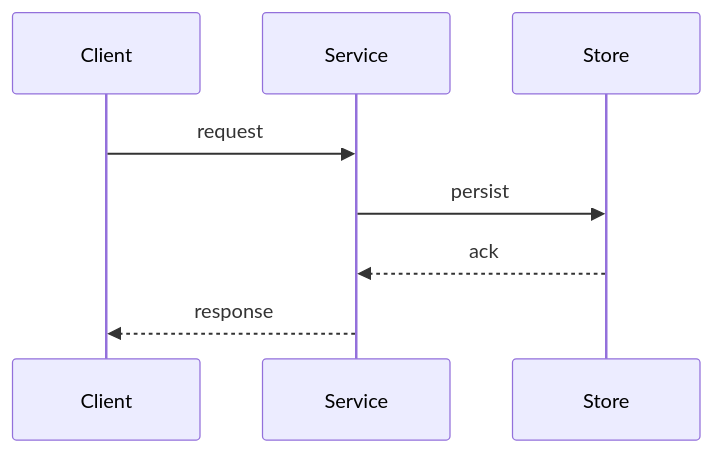
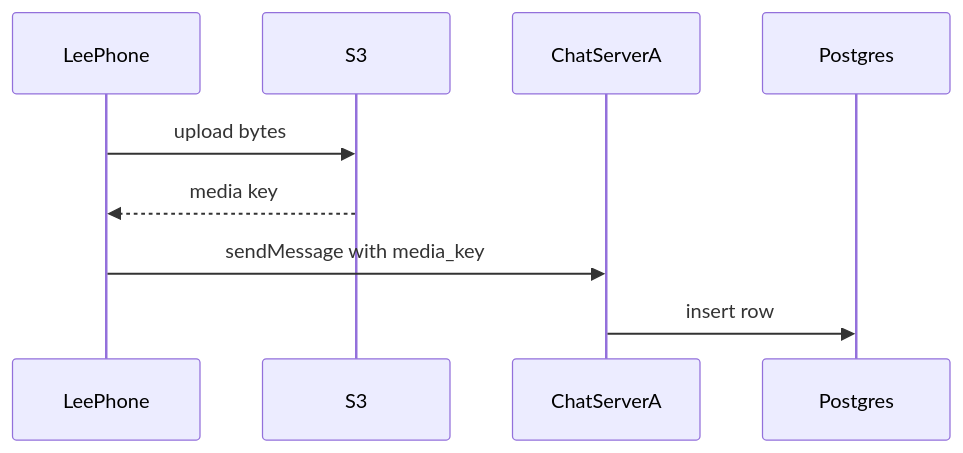
One commit to CharlotteYW/system-design-interview changed the seventh of 7 diagrams in questions/chat-system/FLOW.md. Above: the diagram before and after it, drawn with Mermaid. The commit also changed other lines of this file and 22 other files, not shown here.

First line of the commit message:
Implement the chat system lab with Postgres and Cassandra message stores.

````diff
--- a/questions/chat-system/FLOW.md
+++ b/questions/chat-system/FLOW.md
@@ -18,10 +170,11 @@
 ```mermaid
 sequenceDiagram
-  participant C as Client
-  participant S as Service
-  participant D as Store
-  C->>S: request
-  S->>D: persist
-  D-->>S: ack
-  S-->>C: response
+  participant L as LeePhone
+  participant S as S3
+  participant A as ChatServerA
+  participant P as Postgres
+  L->>S: upload bytes
+  S-->>L: media key
+  L->>A: sendMessage with media_key
+  A->>P: insert row
 ```
````
